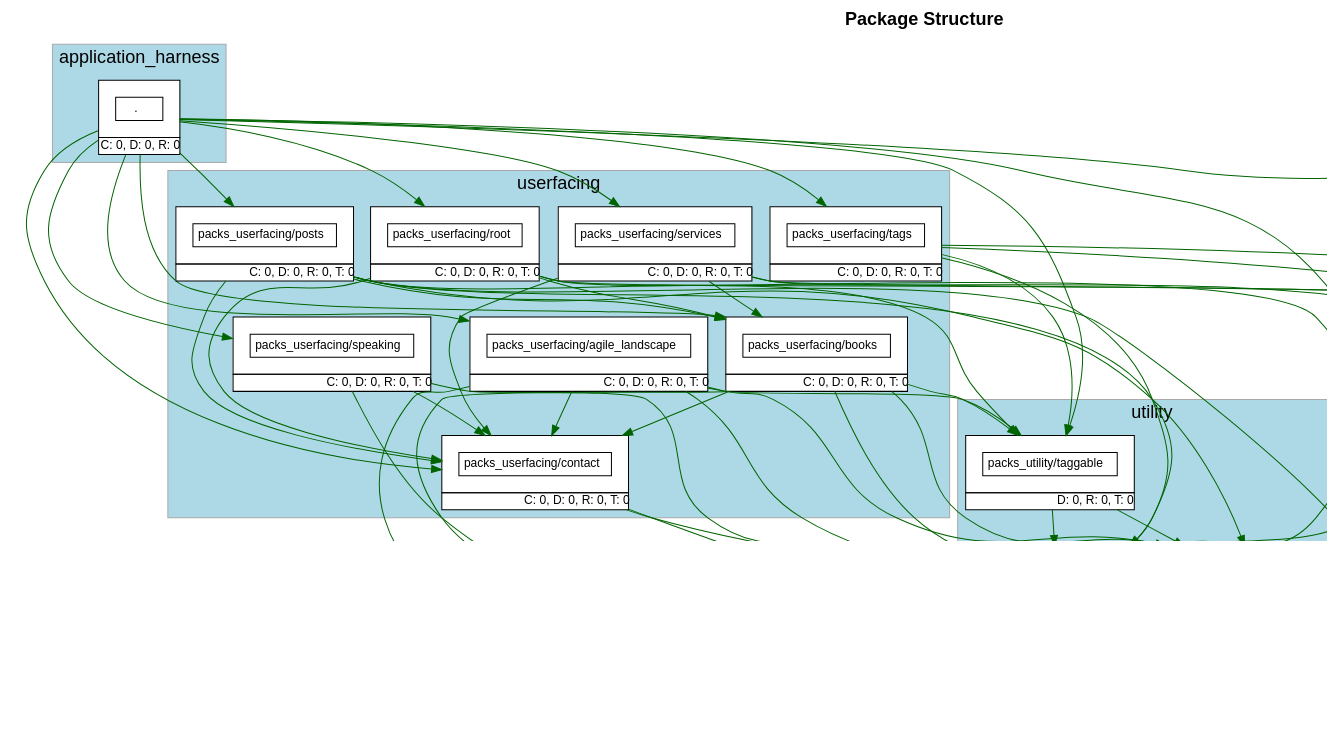
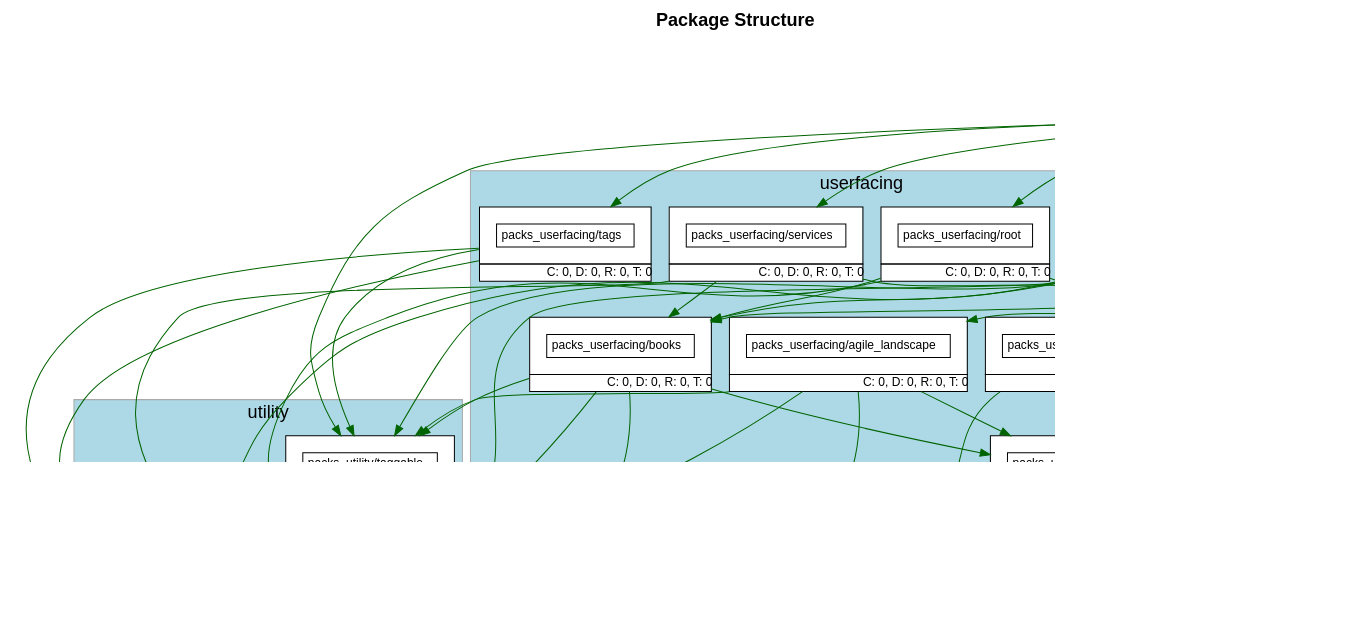
The diagram in packs.dot (shageman/stephanhagemann.com), drawn with Graphviz before and after one commit. The commit also changed 37 other files, not shown here.

```diff
--- a/packs.dot
+++ b/packs.dot
@@ -192,19 +192,6 @@
               >
           ]
         
-        "packs_utility/routable" [
-            fontsize=12.0
-            label= <
-                <table border='0' cellborder='1' cellspacing='0' cellpadding='16'><tr><td>
-                  <table border='0' cellborder='1' cellspacing='0' cellpadding='4'>
-                    <tr> <td port='private'> packs_utility/routable </td> </tr>
-                  </table>
-                  </td></tr>
-                  <tr><td CELLPADDING='1' ALIGN='RIGHT'>D: 0</td></tr>
-                  </table>
-              >
-          ]
-        
         "packs_utility/taggable" [
             fontsize=12.0
             label= <
@@ -235,14 +222,6 @@
               "packs_userfacing/services" -> "packs_utility/rails_shims" [ style=invis ]
               "packs_userfacing/speaking" -> "packs_utility/rails_shims" [ style=invis ]
               "packs_userfacing/tags" -> "packs_utility/rails_shims" [ style=invis ]
-              "packs_userfacing/agile_landscape" -> "packs_utility/routable" [ style=invis ]
-              "packs_userfacing/books" -> "packs_utility/routable" [ style=invis ]
-              "packs_userfacing/contact" -> "packs_utility/routable" [ style=invis ]
-              "packs_userfacing/posts" -> "packs_utility/routable" [ style=invis ]
-              "packs_userfacing/root" -> "packs_utility/routable" [ style=invis ]
-              "packs_userfacing/services" -> "packs_utility/routable" [ style=invis ]
-              "packs_userfacing/speaking" -> "packs_utility/routable" [ style=invis ]
-              "packs_userfacing/tags" -> "packs_utility/routable" [ style=invis ]
               "packs_userfacing/agile_landscape" -> "packs_utility/taggable" [ style=invis ]
               "packs_userfacing/books" -> "packs_utility/taggable" [ style=invis ]
               "packs_userfacing/contact" -> "packs_utility/taggable" [ style=invis ]
@@ -267,43 +246,32 @@
           "." -> "packs_userfacing/speaking" [ color=darkgreen ]
           "." -> "packs_userfacing/tags" [ color=darkgreen ]
           "." -> "packs_utility/rails_shims" [ color=darkgreen ]
-          "." -> "packs_utility/routable" [ color=darkgreen ]
           "." -> "packs_utility/taggable" [ color=darkgreen ]
           "packs_userfacing/agile_landscape" -> "packs_userfacing/contact" [ color=darkgreen ]
           "packs_userfacing/agile_landscape" -> "packs_utility/backlinks" [ color=darkgreen ]
           "packs_userfacing/agile_landscape" -> "packs_utility/rails_shims" [ color=darkgreen ]
-          "packs_userfacing/agile_landscape" -> "packs_utility/routable" [ color=darkgreen ]
           "packs_userfacing/agile_landscape" -> "packs_utility/taggable" [ color=darkgreen ]
           "packs_userfacing/books" -> "packs_userfacing/contact" [ color=darkgreen ]
           "packs_userfacing/books" -> "packs_utility/backlinks" [ color=darkgreen ]
           "packs_userfacing/books" -> "packs_utility/rails_shims" [ color=darkgreen ]
-          "packs_userfacing/books" -> "packs_utility/routable" [ color=darkgreen ]
           "packs_userfacing/books" -> "packs_utility/taggable" [ color=darkgreen ]
           "packs_userfacing/contact" -> "packs_utility/rails_shims" [ color=darkgreen ]
-          "packs_userfacing/contact" -> "packs_utility/routable" [ color=darkgreen ]
           "packs_userfacing/posts" -> "packs_userfacing/books" [ color=darkgreen ]
           "packs_userfacing/posts" -> "packs_userfacing/contact" [ color=darkgreen ]
           "packs_userfacing/posts" -> "packs_utility/backlinks" [ color=darkgreen ]
           "packs_userfacing/posts" -> "packs_utility/rails_shims" [ color=darkgreen ]
-          "packs_userfacing/posts" -> "packs_utility/routable" [ color=darkgreen ]
           "packs_userfacing/posts" -> "packs_utility/taggable" [ color=darkgreen ]
           "packs_userfacing/root" -> "packs_userfacing/books" [ color=darkgreen ]
           "packs_userfacing/root" -> "packs_userfacing/contact" [ color=darkgreen ]
           "packs_userfacing/root" -> "packs_utility/rails_shims" [ color=darkgreen ]
-          "packs_userfacing/root" -> "packs_utility/routable" [ color=darkgreen ]
           "packs_userfacing/services" -> "packs_userfacing/books" [ color=darkgreen ]
           "packs_userfacing/services" -> "packs_userfacing/contact" [ color=darkgreen ]
           "packs_userfacing/services" -> "packs_utility/rails_shims" [ color=darkgreen ]
-          "packs_userfacing/services" -> "packs_utility/routable" [ color=darkgreen ]
           "packs_userfacing/speaking" -> "packs_userfacing/contact" [ color=darkgreen ]
           "packs_userfacing/speaking" -> "packs_utility/rails_shims" [ color=darkgreen ]
-          "packs_userfacing/speaking" -> "packs_utility/routable" [ color=darkgreen ]
           "packs_userfacing/tags" -> "packs_utility/backlinks" [ color=darkgreen ]
           "packs_userfacing/tags" -> "packs_utility/rails_shims" [ color=darkgreen ]
-          "packs_userfacing/tags" -> "packs_utility/routable" [ color=darkgreen ]
           "packs_userfacing/tags" -> "packs_utility/taggable" [ color=darkgreen ]
-          "packs_utility/backlinks" -> "packs_utility/routable" [ color=darkgreen ]
-          "packs_utility/rails_shims" -> "packs_utility/routable" [ color=darkgreen ]
           "packs_utility/taggable" -> "packs_utility/backlinks" [ color=darkgreen ]
           "packs_utility/taggable" -> "packs_utility/rails_shims" [ color=darkgreen ]
   subgraph cluster_teams_legend {
```
